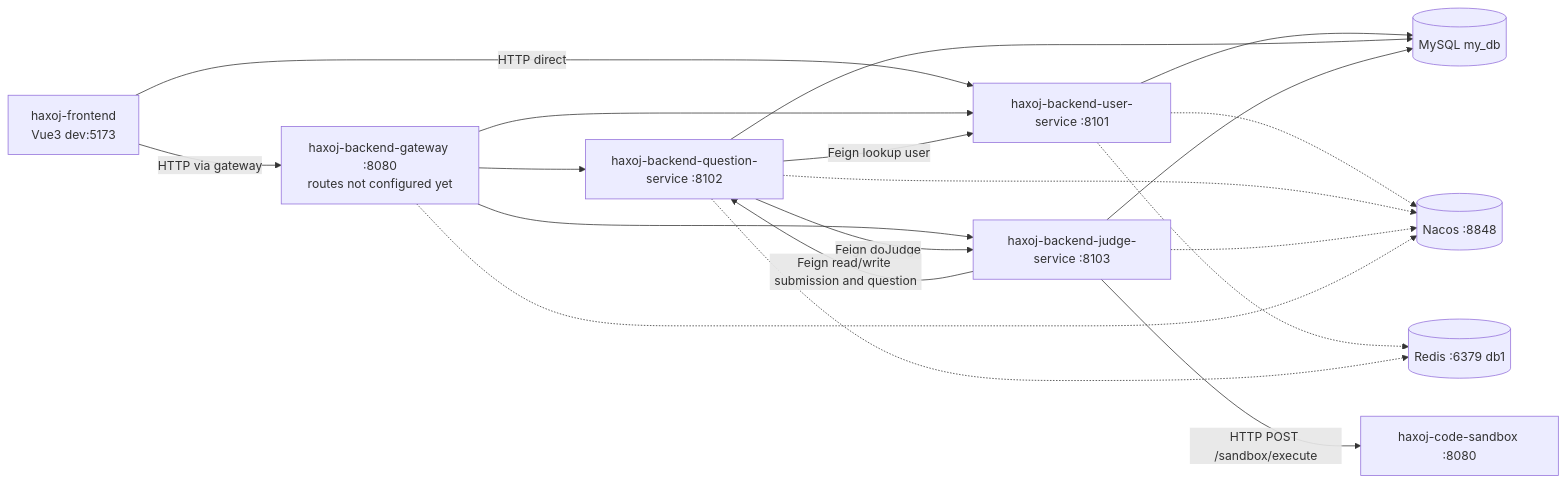
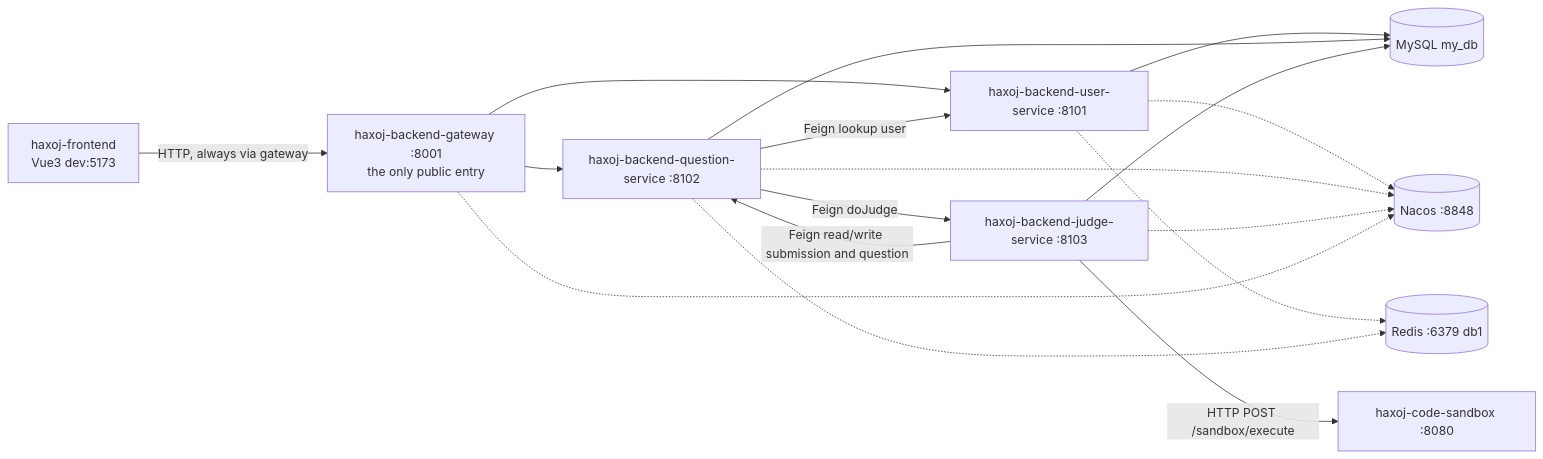
Before and after one commit to heix0x/haxoj-backend-microservice: the diagram in README.en.md, drawn with Mermaid. The commit also changed other lines of this file and 1 other file, not shown here.

````diff
--- a/README.en.md
+++ b/README.en.md
@@ -54,21 +54,19 @@
 ```mermaid
 flowchart LR
-  FE[haxoj-frontend<br/>Vue3 dev:5173] -->|HTTP direct| US
-  FE -->|HTTP via gateway| GW
-  GW[haxoj-backend-gateway :8080<br/>routes not configured yet] --> US
+  FE[haxoj-frontend<br/>Vue3 dev:5173] -->|HTTP, always via gateway| GW
+  GW[haxoj-backend-gateway :8001<br/>the only public entry] --> US
   GW --> QS
-  GW --> JS
   US[haxoj-backend-user-service :8101] --> DB[(MySQL my_db)]
   QS[haxoj-backend-question-service :8102] --> DB
   JS[haxoj-backend-judge-service :8103] --> DB
   QS -->|Feign doJudge| JS
   JS -->|Feign read/write submission and question| QS
   QS -->|Feign lookup user| US
   JS -->|HTTP POST /sandbox/execute| SB[haxoj-code-sandbox :8080]
   US -.-> NACOS[(Nacos :8848)]
   QS -.-> NACOS
   JS -.-> NACOS
   GW -.-> NACOS
   US -.-> REDIS[(Redis :6379 db1)]
   QS -.-> REDIS
 ```
````
